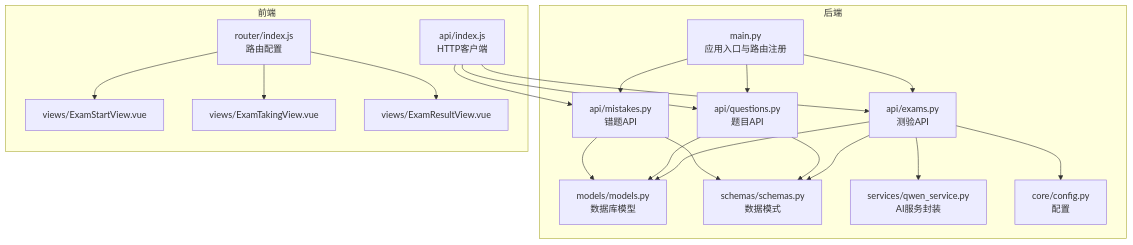
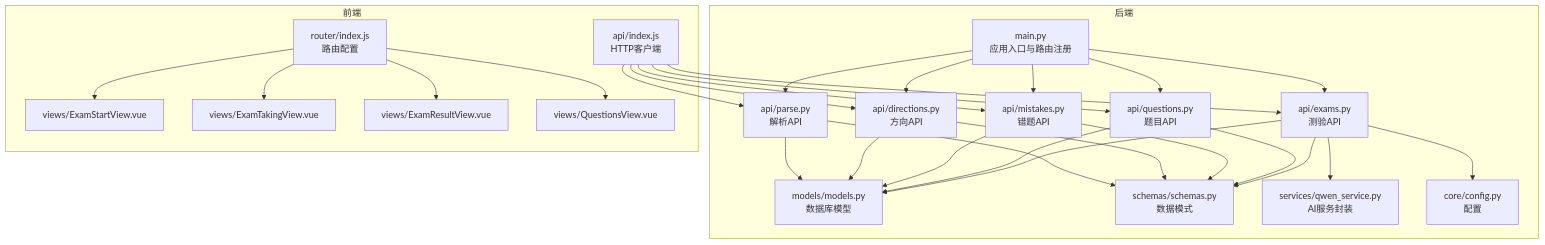
One commit to zhiwenli-jack/personal-learning-manager changed the first of 10 diagrams in .qoder/repowiki/zh/content/核心功能模块/测验评估系统.md. Above: the diagram before and after it, drawn with Mermaid. The commit also changed other lines of this file and 12 other files, not shown here.

````diff
--- a/.qoder/repowiki/zh/content/核心功能模块/测验评估系统.md
+++ b/.qoder/repowiki/zh/content/核心功能模块/测验评估系统.md
@@ -39,37 +51,49 @@
 ```mermaid
 graph TB
 subgraph "后端"
 M["main.py<br/>应用入口与路由注册"]
 EX["api/exams.py<br/>测验API"]
 Q["api/questions.py<br/>题目API"]
 MK["api/mistakes.py<br/>错题API"]
+DIR["api/directions.py<br/>方向API"]
+PAR["api/parse.py<br/>解析API"]
 MD["models/models.py<br/>数据库模型"]
 SCH["schemas/schemas.py<br/>数据模式"]
 SV["services/qwen_service.py<br/>AI服务封装"]
 CFG["core/config.py<br/>配置"]
 end
 subgraph "前端"
 RT["router/index.js<br/>路由配置"]
 API["api/index.js<br/>HTTP客户端"]
 V1["views/ExamStartView.vue"]
 V2["views/ExamTakingView.vue"]
 V3["views/ExamResultView.vue"]
+V4["views/QuestionsView.vue"]
 end
 M --> EX
 M --> Q
 M --> MK
+M --> DIR
+M --> PAR
 EX --> MD
 Q --> MD
 MK --> MD
+DIR --> MD
+PAR --> MD
 EX --> SCH
 Q --> SCH
 MK --> SCH
+DIR --> SCH
+PAR --> SCH
 EX --> SV
 EX --> CFG
 RT --> V1
 RT --> V2
 RT --> V3
+RT --> V4
 API --> EX
 API --> Q
 API --> MK
+API --> DIR
+API --> PAR
 ```
````
